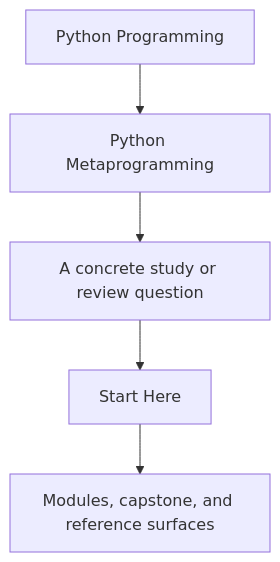
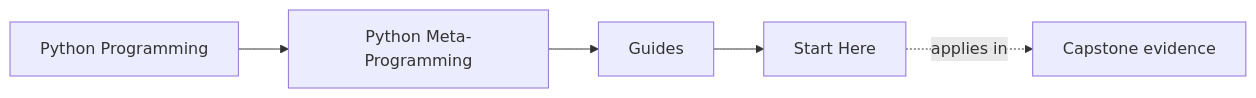
One commit to bijux/bijux-masterclass changed the first of 2 diagrams in programs/python-programming/python-meta-programming/course-book/guides/start-here.md. Above: the diagram before and after it, drawn with Mermaid. The commit also changed other lines of this file and 55 other files, not shown here.

Commit message:
docs(python-meta-programming): map runtime foundations and inspection routes

````diff
--- a/programs/python-programming/python-meta-programming/course-book/guides/start-here.md
+++ b/programs/python-programming/python-meta-programming/course-book/guides/start-here.md
@@ -6,7 +6,11 @@
 ```mermaid
-flowchart TD
-  family["Python Programming"] --> program["Python Metaprogramming"]
-  program --> pressure["A concrete study or review question"]
-  pressure --> guide["Start Here"]
-  guide --> next["Modules, capstone, and reference surfaces"]
+graph LR
+  family["Python Programming"]
+  program["Python Meta-Programming"]
+  section["Guides"]
+  page["Start Here"]
+  capstone["Capstone evidence"]
+
+  family --> program --> section --> page
+  page -.applies in.-> capstone
 ```
````
